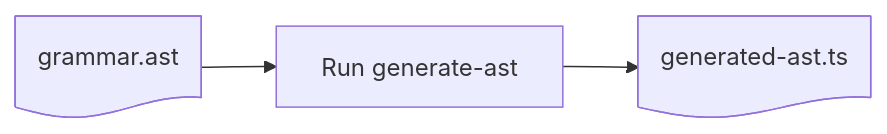
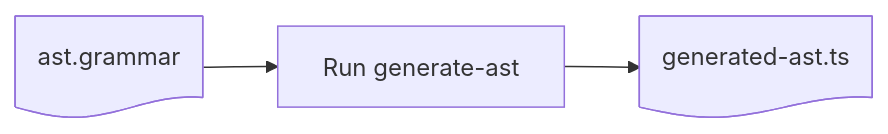
One commit to nvie/ast-generator changed the diagram in README.md. Above: the diagram before and after it, drawn with Mermaid. The commit also changed other lines of this file, not shown here.

````diff
--- a/README.md
+++ b/README.md
@@ -7,9 +7,9 @@
 ```mermaid
 flowchart LR
-    A["grammar.ast"] --> B["Run generate-ast"]
+    A["ast.grammar"] --> B["Run generate-ast"]
     B --> C["generated-ast.ts"]
 
     A@{ shape: doc }
     B@{ shape: proc }
     C@{ shape: doc }
 ```
````
